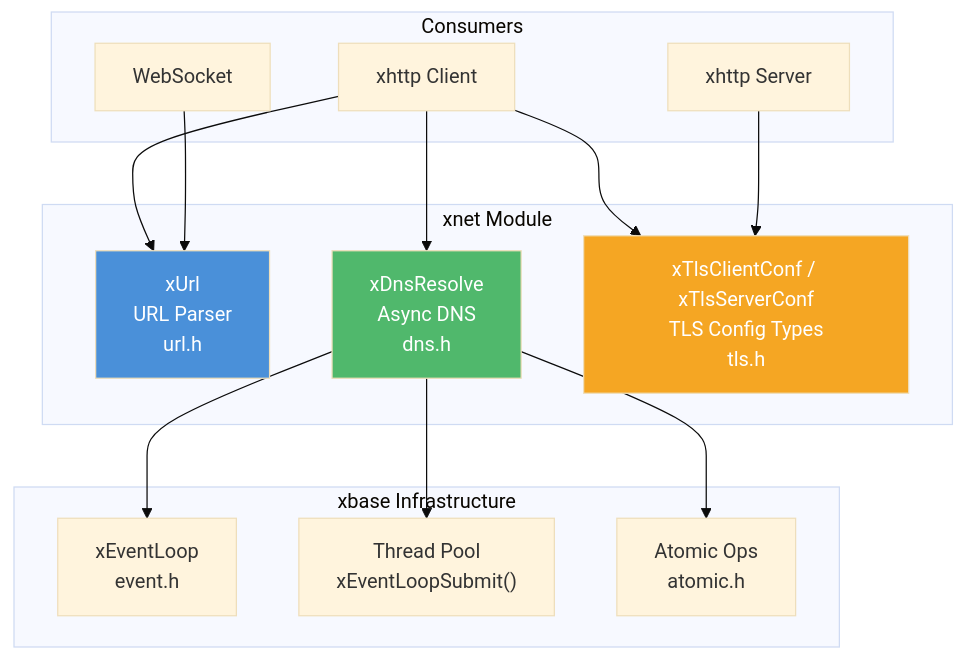
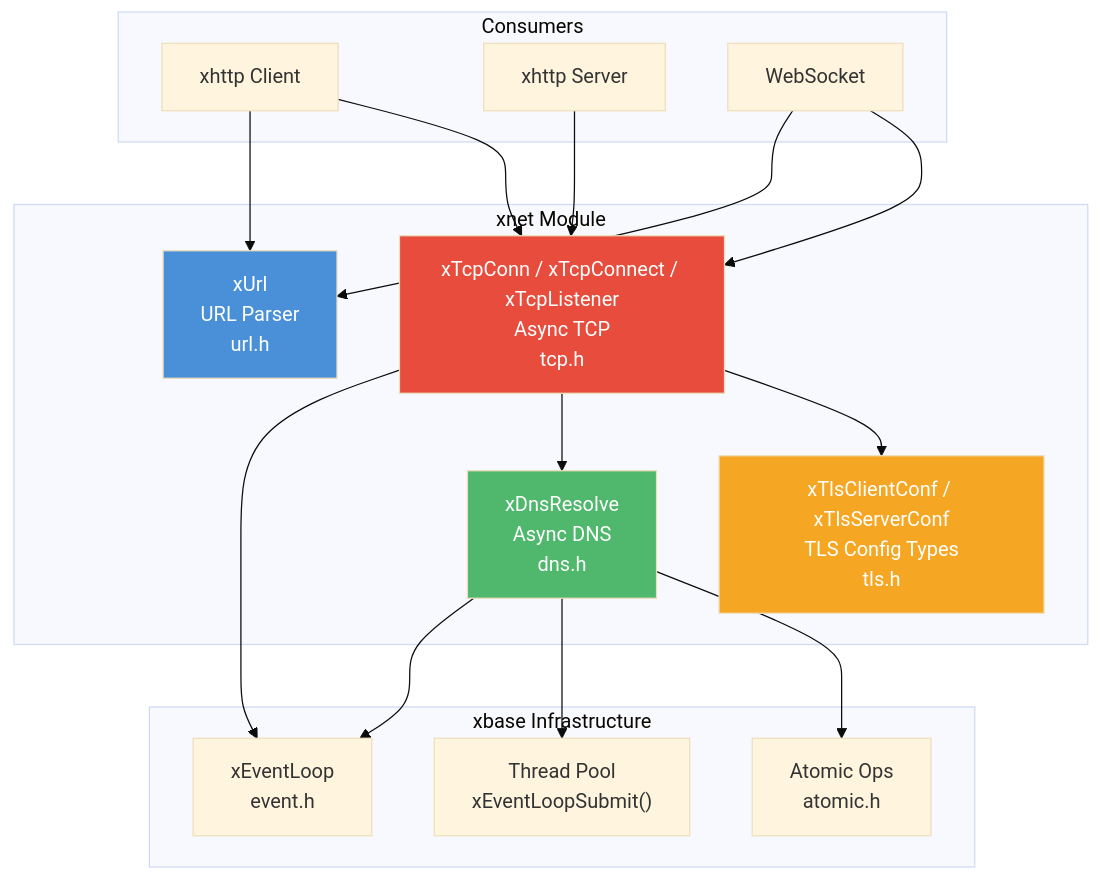
Before and after one commit to mivinci/DownloadKit: the diagram in docs/xnet/README.md, drawn with Mermaid (base theme). The commit also changed other lines of this file and 3 other files, not shown here.

````diff
--- a/docs/xnet/README.md
+++ b/docs/xnet/README.md
@@ -17,34 +19,39 @@
 ```mermaid
 graph TD
     subgraph "xnet Module"
         URL["xUrl<br/>URL Parser<br/>url.h"]
         DNS["xDnsResolve<br/>Async DNS<br/>dns.h"]
         TLS["xTlsClientConf / xTlsServerConf<br/>TLS Config Types<br/>tls.h"]
+        TCP["xTcpConn / xTcpConnect / xTcpListener<br/>Async TCP<br/>tcp.h"]
     end
 
     subgraph "xbase Infrastructure"
         EV["xEventLoop<br/>event.h"]
         POOL["Thread Pool<br/>xEventLoopSubmit()"]
         ATOMIC["Atomic Ops<br/>atomic.h"]
     end
 
     subgraph "Consumers"
         HTTP_C["xhttp Client"]
         HTTP_S["xhttp Server"]
         WS["WebSocket"]
     end
 
     DNS --> EV
     DNS --> POOL
     DNS --> ATOMIC
+    TCP --> EV
+    TCP --> DNS
+    TCP --> TLS
 
     HTTP_C --> URL
-    HTTP_C --> DNS
-    HTTP_C --> TLS
-    HTTP_S --> TLS
+    HTTP_C --> TCP
+    HTTP_S --> TCP
     WS --> URL
+    WS --> TCP
 
     style URL fill:#4a90d9,color:#fff
     style DNS fill:#50b86c,color:#fff
     style TLS fill:#f5a623,color:#fff
+    style TCP fill:#e74c3c,color:#fff
 ```
````
